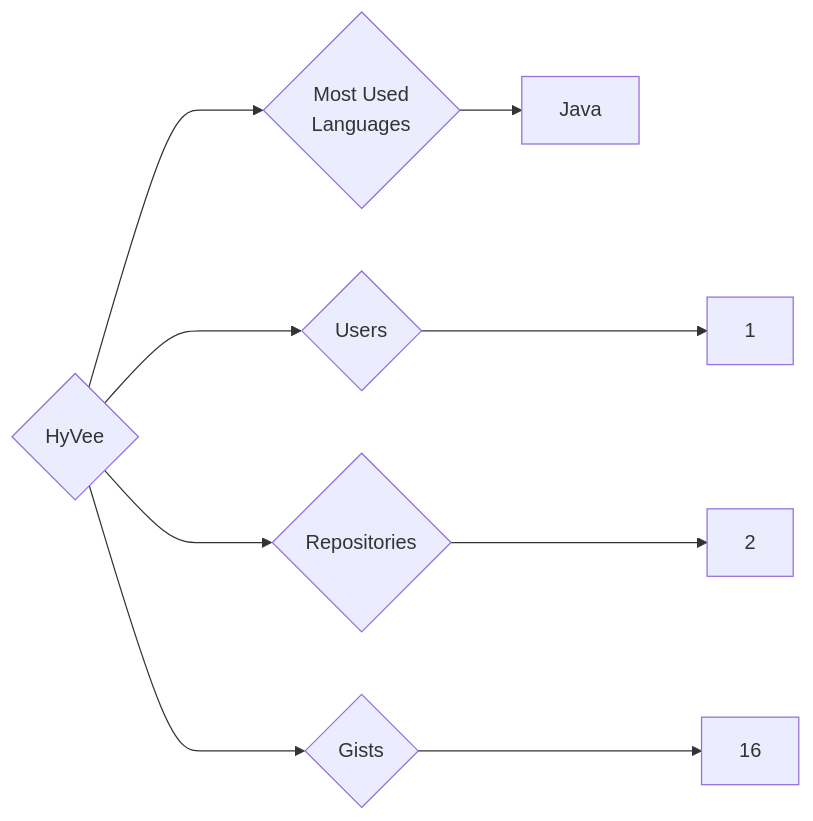
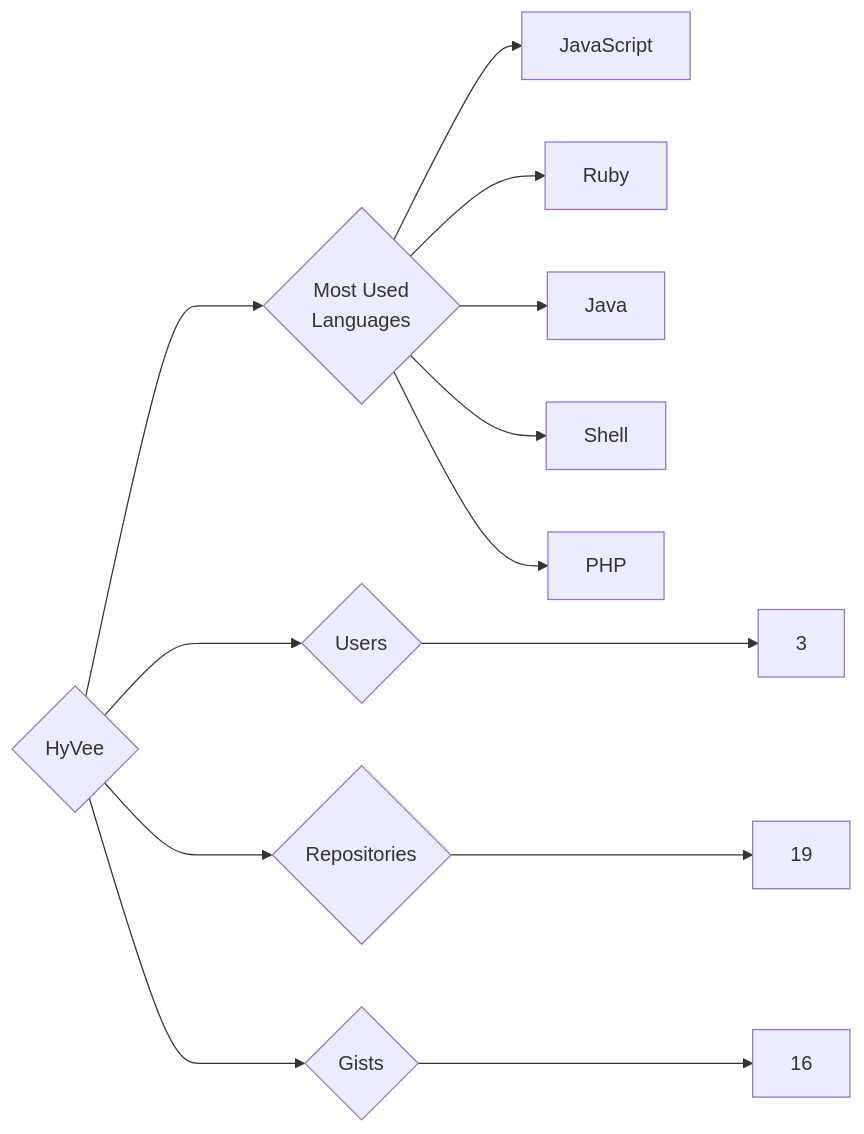
The diagram in targets/HyVee/README.md (trickest/insiders), drawn with Mermaid before and after one commit. The commit also changed 874 other files, not shown here.

````diff
--- a/targets/HyVee/README.md
+++ b/targets/HyVee/README.md
@@ -3,9 +3,13 @@
 ```mermaid
 graph LR
 COMPANY_NAME{HyVee}
-COMPANY_NAME ---> U{Users} ---> UN[1]
-COMPANY_NAME ---> R{Repositories} ---> RN[2]
+COMPANY_NAME ---> U{Users} ---> UN[3]
+COMPANY_NAME ---> R{Repositories} ---> RN[19]
 COMPANY_NAME ---> G{Gists} ---> GN[16]
 COMPANY_NAME ---> ML{Most Used<br>Languages}
+ML --> JavaScript[JavaScript]
+ML --> Ruby[Ruby]
 ML --> Java[Java]
+ML --> Shell[Shell]
+ML --> PHP[PHP]
 ```
````
